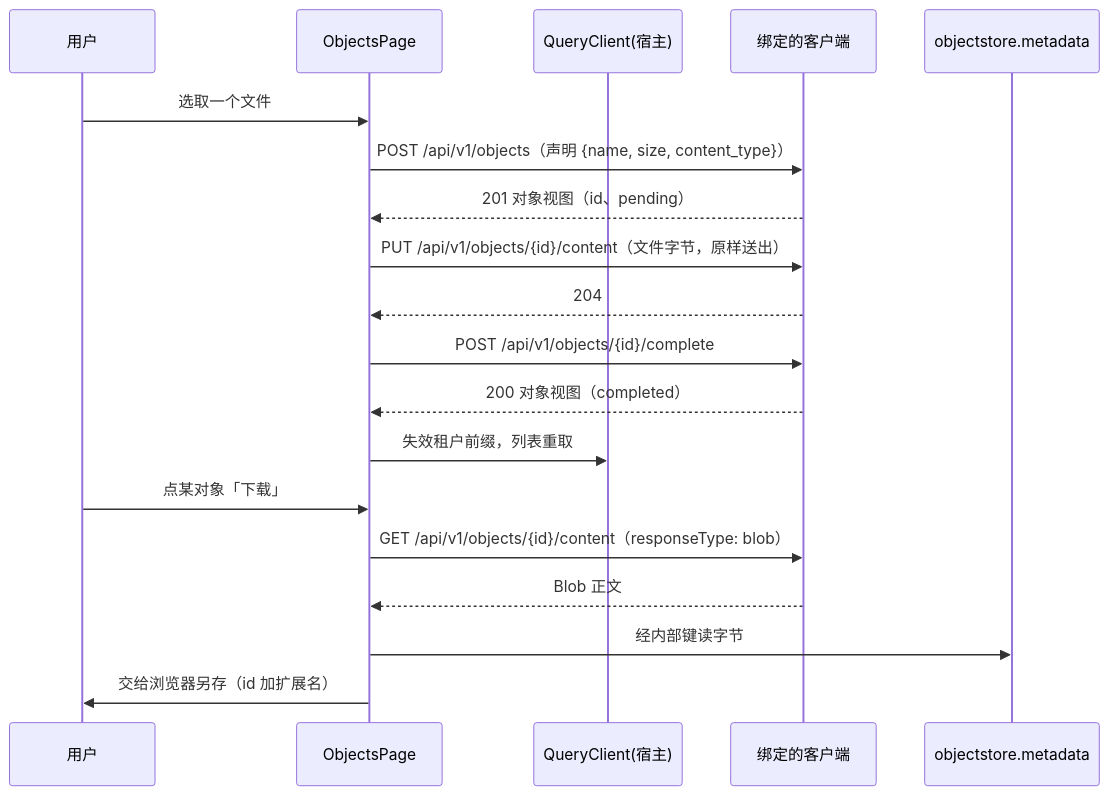
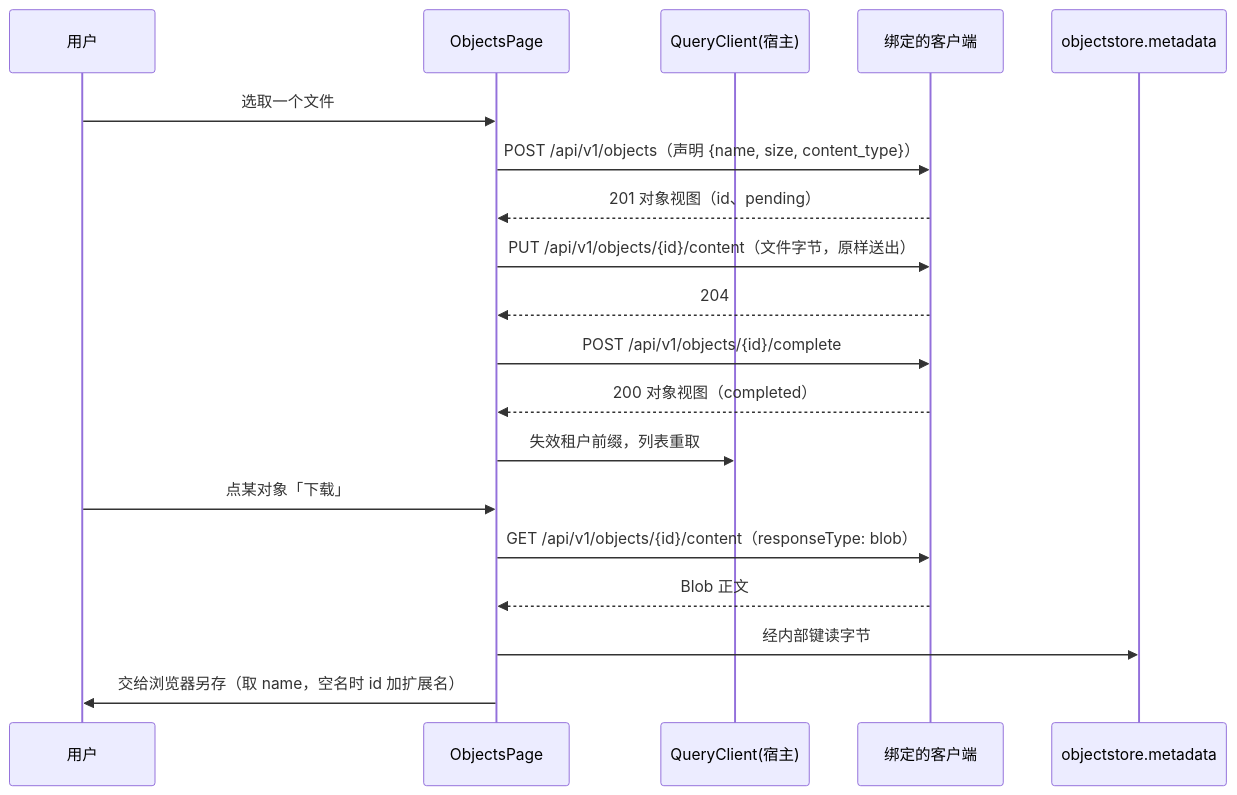
The diagram in docs/design/modules/web/design-web-objectstore-ui.md (wangzw/speed), drawn with Mermaid before and after one commit. The commit also changed other lines of this file, not shown here.

Commit message:
docs(objectstore-ui): carry the object name through the diagram and the view shape
The download step in the sequence diagram still named the file by identifier
and extension, and the object view row left out name, although the download
section and the list already use the stored name and fall back to the
identifier only for an empty one.

````diff
--- a/docs/design/modules/web/design-web-objectstore-ui.md
+++ b/docs/design/modules/web/design-web-objectstore-ui.md
@@ -64,21 +64,21 @@
 ```mermaid
 sequenceDiagram
     participant U as 用户
     participant P as ObjectsPage
     participant Q as QueryClient(宿主)
     participant C as 绑定的客户端
     participant S as objectstore.metadata
     U->>P: 选取一个文件
     P->>C: POST /api/v1/objects（声明 {name, size, content_type}）
     C-->>P: 201 对象视图（id、pending）
     P->>C: PUT /api/v1/objects/{id}/content（文件字节，原样送出）
     C-->>P: 204
     P->>C: POST /api/v1/objects/{id}/complete
     C-->>P: 200 对象视图（completed）
     P->>Q: 失效租户前缀，列表重取
     U->>P: 点某对象「下载」
     P->>C: GET /api/v1/objects/{id}/content（responseType: blob）
     C-->>P: Blob 正文
     P->>S: 经内部键读字节
-    P->>U: 交给浏览器另存（id 加扩展名）
+    P->>U: 交给浏览器另存（取 name，空名时 id 加扩展名）
 ```
````
